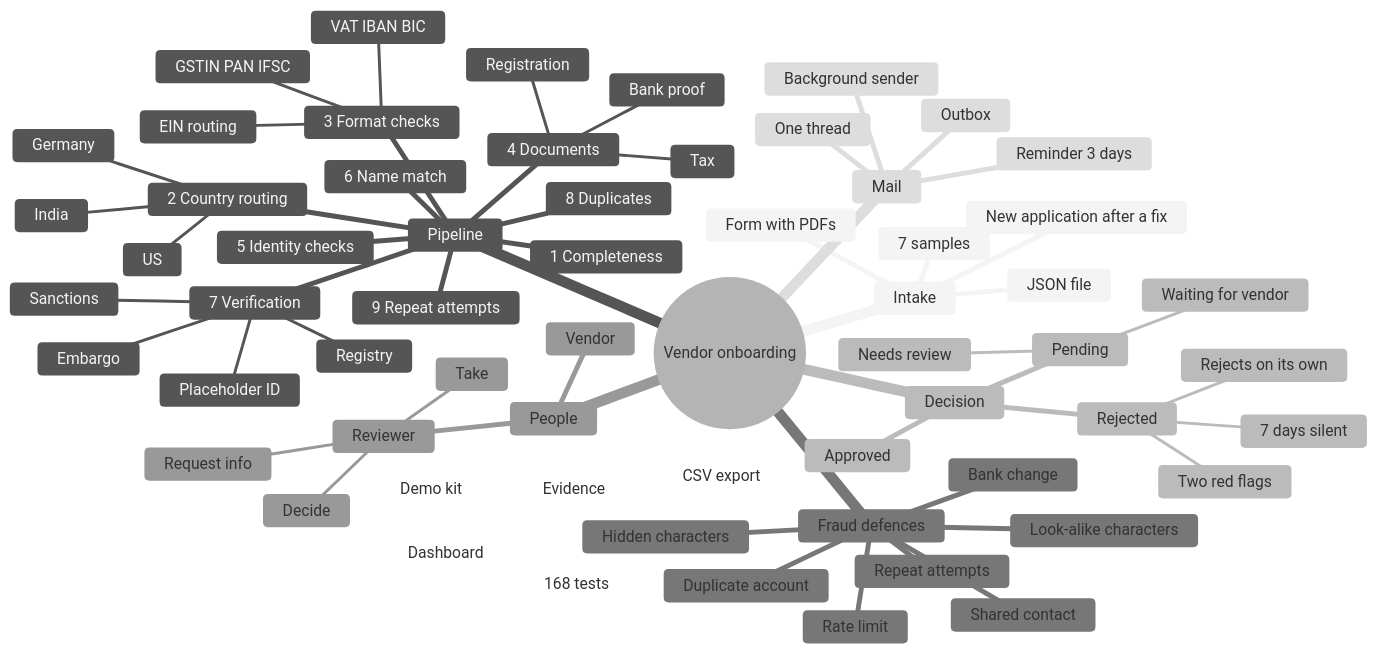
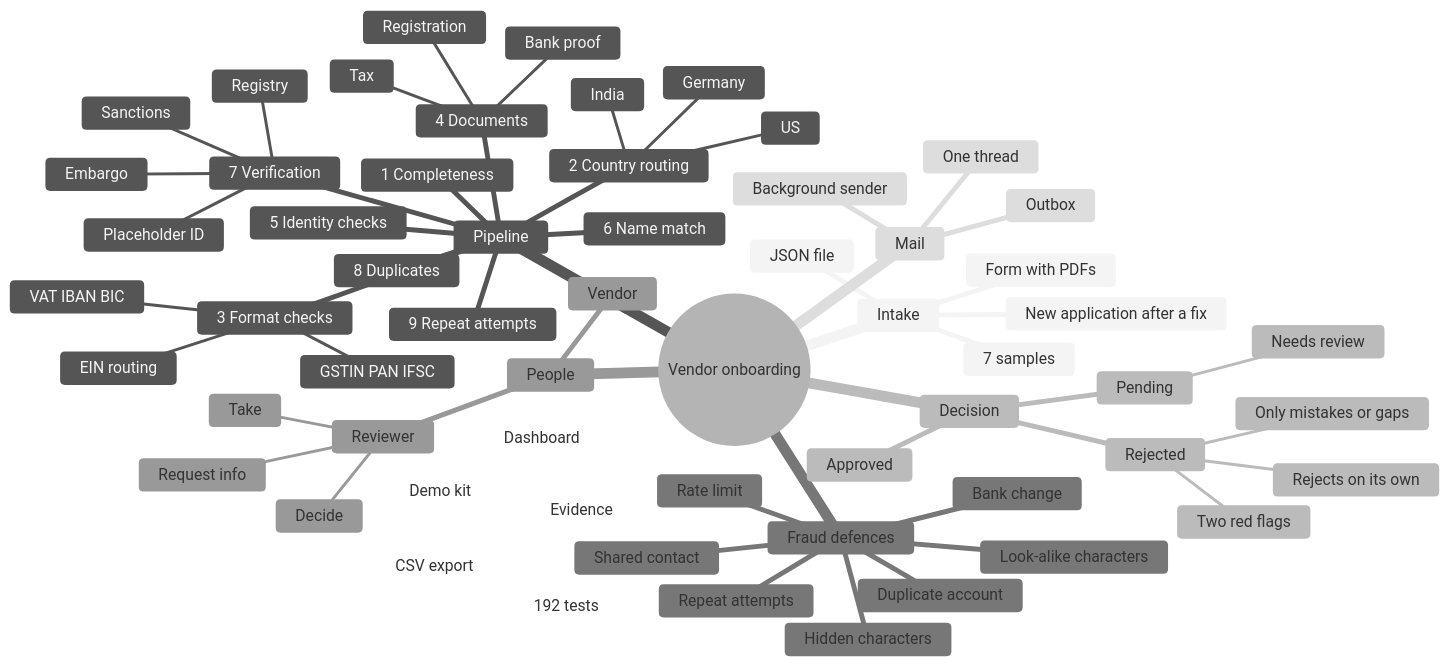
One commit to ShubhamK0802/vendor-onboarding-flask changed the diagram in docs/MIND_MAP.md. Above: the diagram before and after it, drawn with Mermaid (neutral theme). The commit also changed 19 other files, not shown here.

First line of the commit message:
One Rejected status: remove the waiting-for-vendor state, timers and reminder mails

````diff
--- a/docs/MIND_MAP.md
+++ b/docs/MIND_MAP.md
@@ -3,65 +3,63 @@
 ```mermaid
 mindmap
   root((Vendor onboarding))
     Intake
       Form with PDFs
       JSON file
       7 samples
       New application after a fix
     Pipeline
       1 Completeness
       2 Country routing
         India
         US
         Germany
       3 Format checks
         GSTIN PAN IFSC
         EIN routing
         VAT IBAN BIC
       4 Documents
         Tax
         Registration
         Bank proof
       5 Identity checks
       6 Name match
       7 Verification
         Registry
         Sanctions
         Embargo
         Placeholder ID
       8 Duplicates
       9 Repeat attempts
     Decision
       Approved
       Pending
-        Waiting for vendor
         Needs review
       Rejected
         Rejects on its own
         Two red flags
-        7 days silent
+        Only mistakes or gaps
     Fraud defences
       Look-alike characters
       Hidden characters
       Bank change
       Shared contact
       Duplicate account
       Repeat attempts
       Rate limit
     People
       Vendor
       Reviewer
         Take
         Decide
         Request info
     Mail
       Outbox
       Background sender
       One thread
-      Reminder 3 days
     Evidence
       Dashboard
       CSV export
-      168 tests
+      192 tests
       Demo kit
 ```
````
